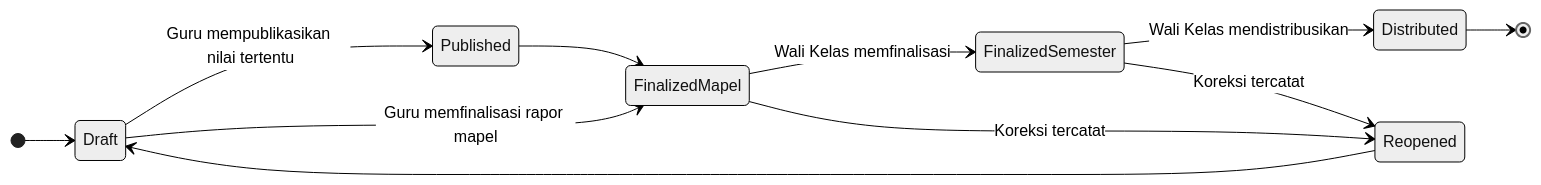
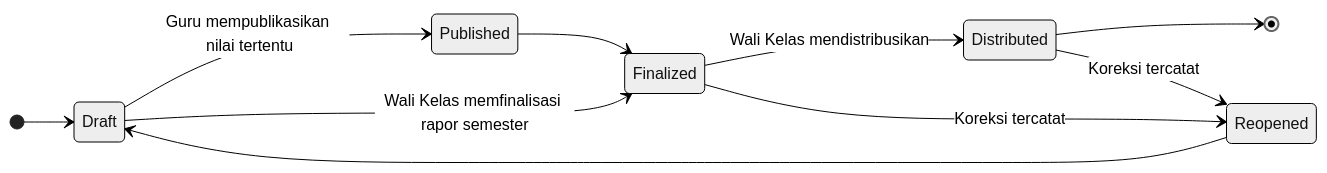
Before and after one commit to Korean-Asean-Digital-Academy-Batch-4/Docs: the fifth of 5 diagrams in PRD.md, drawn with Mermaid (neutral theme). The commit also changed other lines of this file, not shown here.

First line of the commit message:
docs(prd): selaraskan PRD v2.1 dengan baseline MVP dan koreksi tim

````diff
--- a/PRD.md
+++ b/PRD.md
@@ -351,14 +373,13 @@
 ```mermaid
 stateDiagram-v2
     direction LR
     [*] --> Draft
     Draft --> Published: Guru mempublikasikan nilai tertentu
-    Draft --> FinalizedMapel: Guru memfinalisasi rapor mapel
-    Published --> FinalizedMapel
-    FinalizedMapel --> FinalizedSemester: Wali Kelas memfinalisasi
-    FinalizedSemester --> Distributed: Wali Kelas mendistribusikan
+    Draft --> Finalized: Wali Kelas memfinalisasi rapor semester
+    Published --> Finalized
+    Finalized --> Distributed: Wali Kelas mendistribusikan
     Distributed --> [*]
-    FinalizedMapel --> Reopened: Koreksi tercatat
-    FinalizedSemester --> Reopened: Koreksi tercatat
+    Finalized --> Reopened: Koreksi tercatat
+    Distributed --> Reopened: Koreksi tercatat
     Reopened --> Draft
 ```
````
